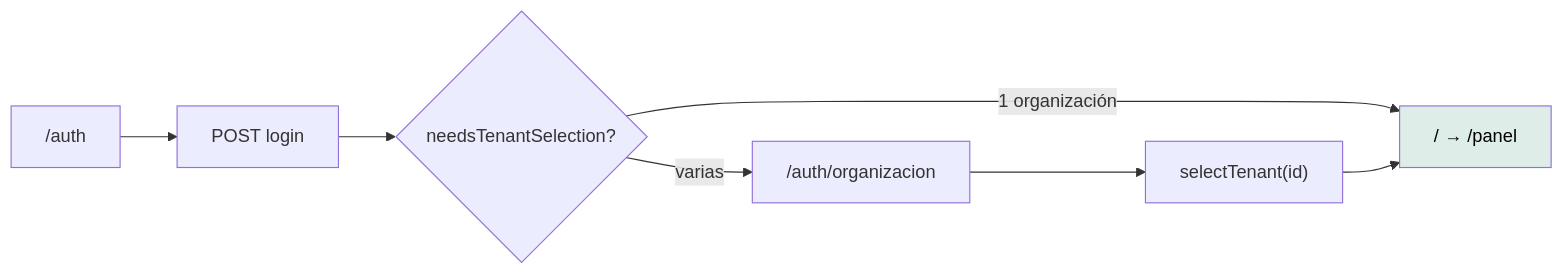
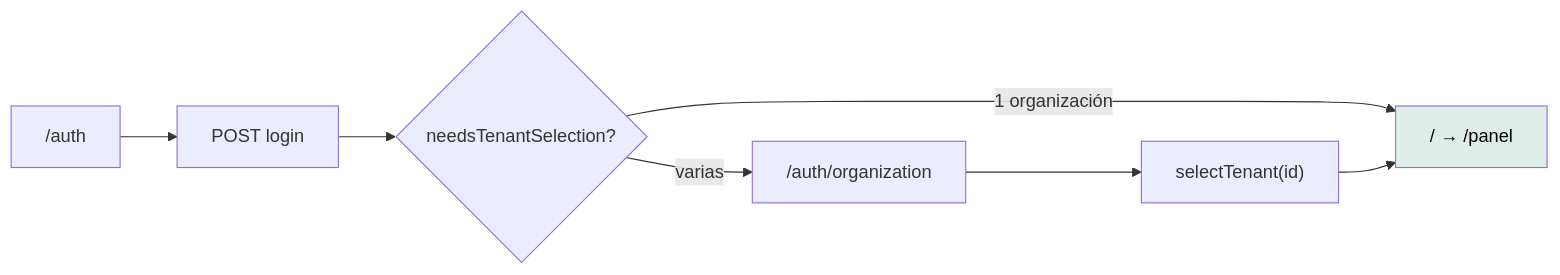
The second of 4 diagrams in docs/business/user-journeys.md (mdavila-2001/mantra-core-health), drawn with Mermaid before and after one commit. The commit also changed other lines of this file and 234 other files, not shown here.

````diff
--- a/docs/business/user-journeys.md
+++ b/docs/business/user-journeys.md
@@ -52,10 +52,10 @@
 ```mermaid
 graph LR
   A["/auth"] --> B["POST login"]
   B --> C{"needsTenantSelection?"}
   C -->|"1 organización"| D["/ → /panel"]
-  C -->|"varias"| E["/auth/organizacion"]
+  C -->|"varias"| E["/auth/organization"]
   E --> F["selectTenant(id)"]
   F --> D
   style D fill:#DFEDE9,color:#000
 ```
````
